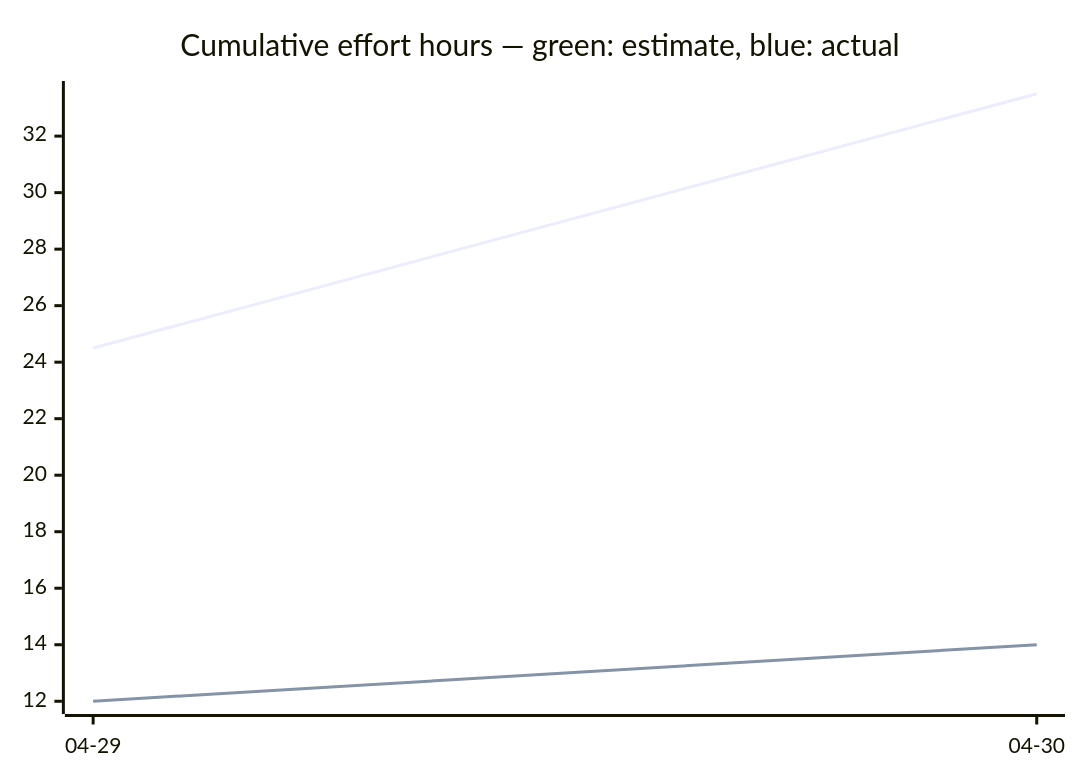
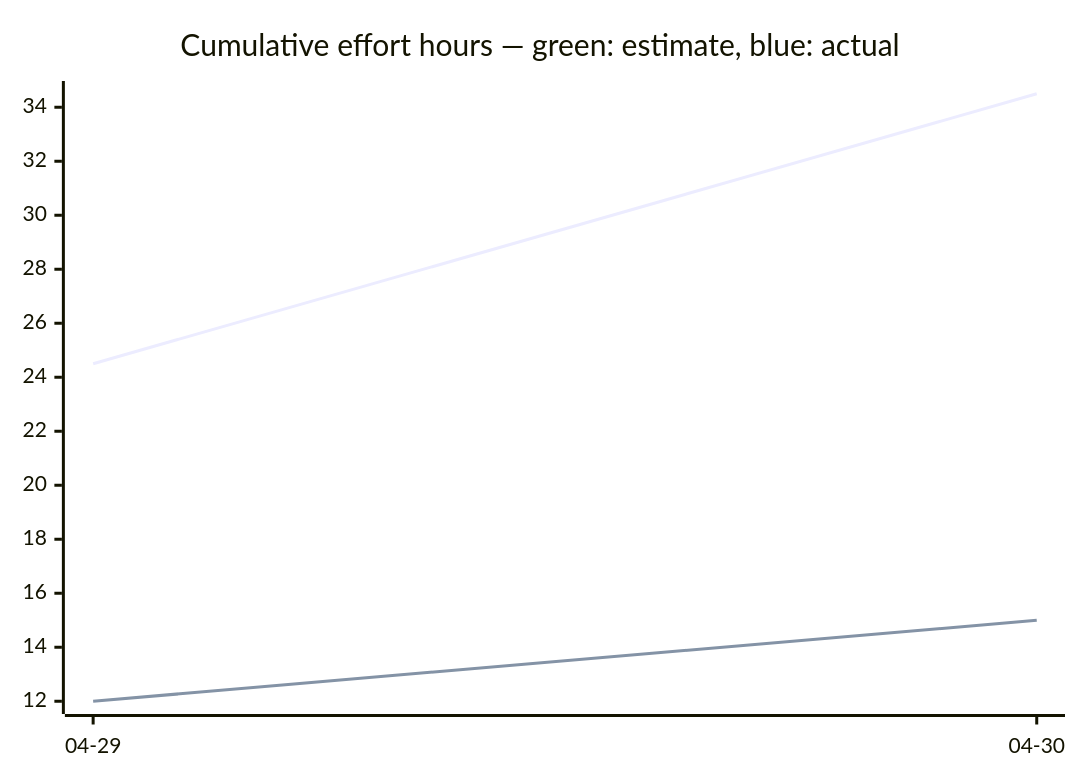
One commit to tgd1975/AwesomeStudioPedal changed the third of 3 diagrams in docs/developers/tasks/OVERVIEW.md. Above: the diagram before and after it, drawn with Mermaid. The commit also changed other lines of this file and 16 other files, not shown here.

First line of the commit message:
fix(ci): close TASK-321 — Mermaid lint, clang-tidy, and local-vs-CI gap

````diff
--- a/docs/developers/tasks/OVERVIEW.md
+++ b/docs/developers/tasks/OVERVIEW.md
@@ -38,7 +38,7 @@
 ```mermaid
 xychart-beta
     title "Cumulative effort hours — green: estimate, blue: actual"
     x-axis ["04-29", "04-30"]
-    line [24.5, 33.5]
-    line [12, 14]
+    line [24.5, 34.5]
+    line [12, 15]
 ```
````
